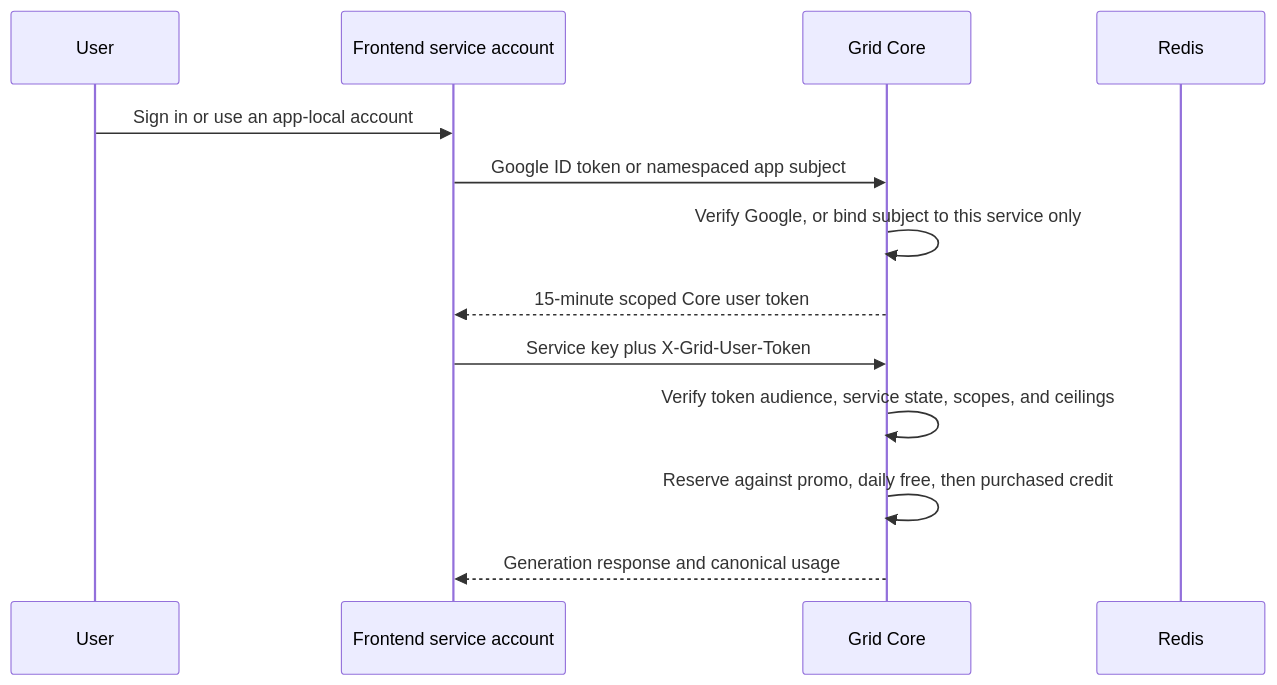
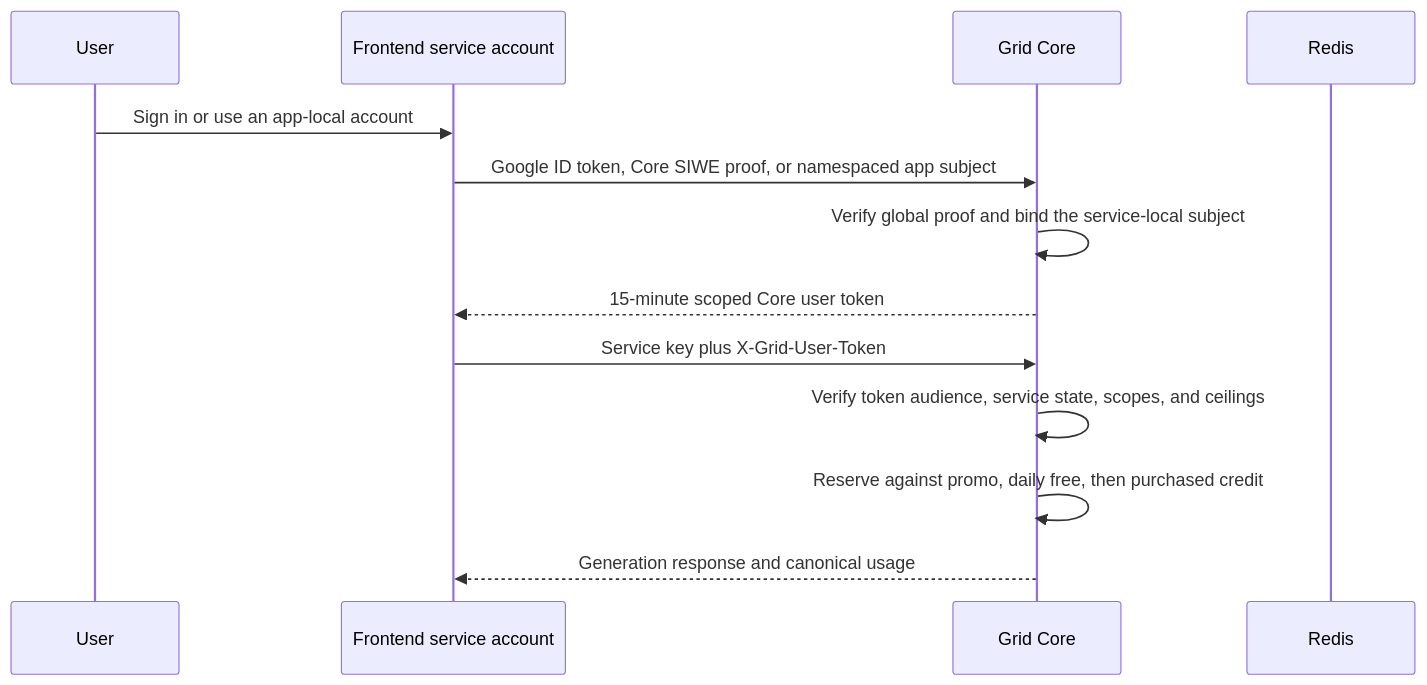
Before and after one commit to AIPowerGrid/grid-core: the diagram in docs/architecture/UNIVERSAL_ACCOUNTS.md, drawn with Mermaid. The commit also changed other lines of this file and 15 other files, not shown here.

````diff
--- a/docs/architecture/UNIVERSAL_ACCOUNTS.md
+++ b/docs/architecture/UNIVERSAL_ACCOUNTS.md
@@ -30,15 +30,15 @@
 ```mermaid
 sequenceDiagram
     participant U as User
     participant F as Frontend service account
     participant C as Grid Core
     participant R as Redis
     U->>F: Sign in or use an app-local account
-    F->>C: Google ID token or namespaced app subject
-    C->>C: Verify Google, or bind subject to this service only
+    F->>C: Google ID token, Core SIWE proof, or namespaced app subject
+    C->>C: Verify global proof and bind the service-local subject
     C-->>F: 15-minute scoped Core user token
     F->>C: Service key plus X-Grid-User-Token
     C->>C: Verify token audience, service state, scopes, and ceilings
     C->>C: Reserve against promo, daily free, then purchased credit
     C-->>F: Generation response and canonical usage
 ```
````
